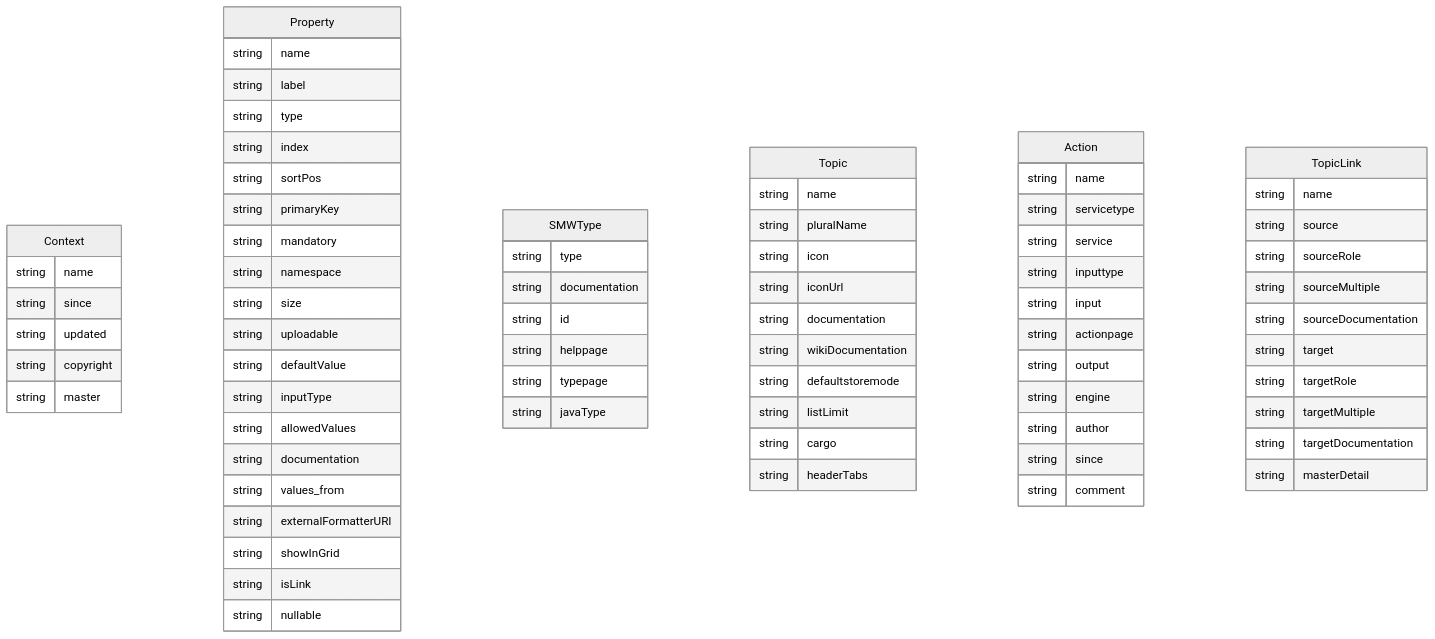
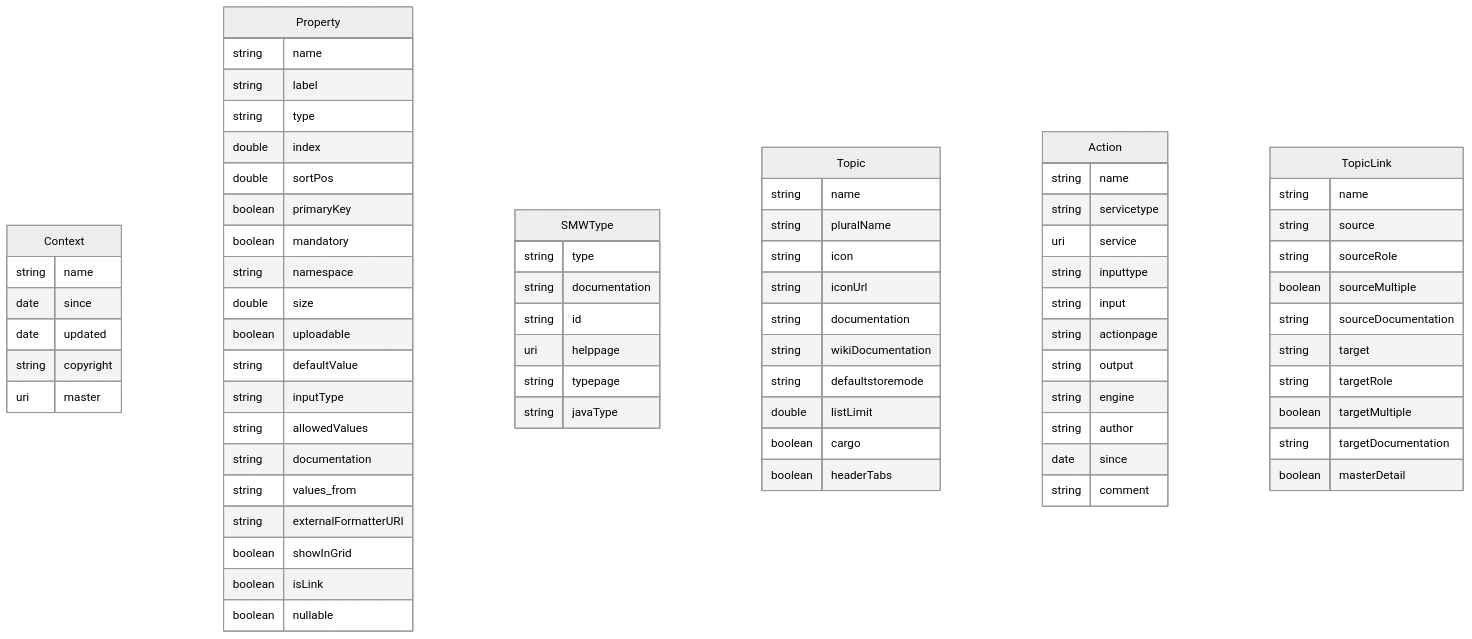
One commit to WolfgangFahl/pyMetaModel changed the diagram in examples/metamodel/metamodel.mermaid. Above: the diagram before and after it, drawn with Mermaid (neutral theme). The commit also changed 21 other files, not shown here.

````diff
--- a/examples/metamodel/metamodel.mermaid
+++ b/examples/metamodel/metamodel.mermaid
@@ -1,79 +1,79 @@
 ```mermaid
 erDiagram
 Context {
     string name  
-    string since  
-    string updated  
+    date since  
+    date updated  
     string copyright  
-    string master  
+    uri master  
 }
 Property {
     string name  
     string label  
     string type  
-    string index  
-    string sortPos  
-    string primaryKey  
-    string mandatory  
+    double index  
+    double sortPos  
+    boolean primaryKey  
+    boolean mandatory  
     string namespace  
-    string size  
-    string uploadable  
+    double size  
+    boolean uploadable  
     string defaultValue  
     string inputType  
     string allowedValues  
     string documentation  
     string values_from  
     string externalFormatterURI  
-    string showInGrid  
-    string isLink  
-    string nullable  
+    boolean showInGrid  
+    boolean isLink  
+    boolean nullable  
 }
 SMWType {
     string type  
     string documentation  
     string id  
-    string helppage  
+    uri helppage  
     string typepage  
     string javaType  
 }
 Topic {
     string name  
     string pluralName  
     string icon  
     string iconUrl  
     string documentation  
     string wikiDocumentation  
     string defaultstoremode  
-    string listLimit  
-    string cargo  
-    string headerTabs  
+    double listLimit  
+    boolean cargo  
+    boolean headerTabs  
 }
 Action {
     string name  
     string servicetype  
-    string service  
+    uri service  
     string inputtype  
     string input  
     string actionpage  
     string output  
     string engine  
     string author  
-    string since  
+    date since  
     string comment  
 }
 TopicLink {
     string name  
     string source  
     string sourceRole  
-    string sourceMultiple  
+    boolean sourceMultiple  
     string sourceDocumentation  
     string target  
     string targetRole  
-    string targetMultiple  
+    boolean targetMultiple  
     string targetDocumentation  
-    string masterDetail  
+    boolean masterDetail  
 }
 
 
 
 ```
````
